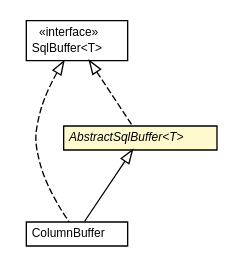
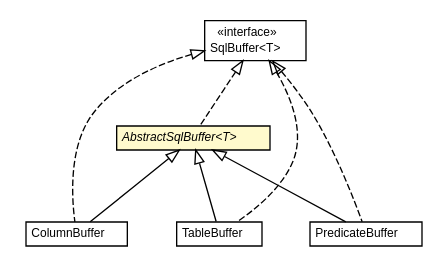
One commit to willmorejg/net.ljcomputing.sql changed the diagram in docs/javadoc/apidocs/net/ljcomputing/sql/buffer/AbstractSqlBuffer.dot. Above: the diagram before and after it, drawn with Graphviz. The commit also changed 239 other files, not shown here.

```diff
--- a/docs/javadoc/apidocs/net/ljcomputing/sql/buffer/AbstractSqlBuffer.dot
+++ b/docs/javadoc/apidocs/net/ljcomputing/sql/buffer/AbstractSqlBuffer.dot
@@ -1,37 +1,57 @@
 #!/usr/local/bin/dot
 #
 # Class diagram 
 # Generated by UMLGraph version R5_6 (http://www.umlgraph.org/)
 #
 
 digraph G {
 	edge [fontname="Helvetica",fontsize=10,labelfontname="Helvetica",labelfontsize=10];
 	node [fontname="Helvetica",fontsize=10,shape=plaintext];
 	nodesep=0.25;
 	ranksep=0.5;
 	// net.ljcomputing.sql.buffer.ColumnBuffer
-	c283 [label=<<table title="net.ljcomputing.sql.buffer.ColumnBuffer" border="0" cellborder="1" cellspacing="0" cellpadding="2" port="p" href="./ColumnBuffer.html">
+	c425 [label=<<table title="net.ljcomputing.sql.buffer.ColumnBuffer" border="0" cellborder="1" cellspacing="0" cellpadding="2" port="p" href="./ColumnBuffer.html">
 		<tr><td><table border="0" cellspacing="0" cellpadding="1">
 <tr><td align="center" balign="center"> ColumnBuffer </td></tr>
 		</table></td></tr>
 		</table>>, URL="./ColumnBuffer.html", fontname="Helvetica", fontcolor="black", fontsize=9.0];
+	// net.ljcomputing.sql.buffer.TableBuffer
+	c426 [label=<<table title="net.ljcomputing.sql.buffer.TableBuffer" border="0" cellborder="1" cellspacing="0" cellpadding="2" port="p" href="./TableBuffer.html">
+		<tr><td><table border="0" cellspacing="0" cellpadding="1">
+<tr><td align="center" balign="center"> TableBuffer </td></tr>
+		</table></td></tr>
+		</table>>, URL="./TableBuffer.html", fontname="Helvetica", fontcolor="black", fontsize=9.0];
 	// net.ljcomputing.sql.buffer.SqlBuffer<T>
-	c284 [label=<<table title="net.ljcomputing.sql.buffer.SqlBuffer" border="0" cellborder="1" cellspacing="0" cellpadding="2" port="p" href="./SqlBuffer.html">
+	c427 [label=<<table title="net.ljcomputing.sql.buffer.SqlBuffer" border="0" cellborder="1" cellspacing="0" cellpadding="2" port="p" href="./SqlBuffer.html">
 		<tr><td><table border="0" cellspacing="0" cellpadding="1">
 <tr><td align="center" balign="center"> &#171;interface&#187; </td></tr>
 <tr><td align="center" balign="center"> SqlBuffer&lt;T&gt; </td></tr>
 		</table></td></tr>
 		</table>>, URL="./SqlBuffer.html", fontname="Helvetica", fontcolor="black", fontsize=9.0];
+	// net.ljcomputing.sql.buffer.PredicateBuffer
+	c428 [label=<<table title="net.ljcomputing.sql.buffer.PredicateBuffer" border="0" cellborder="1" cellspacing="0" cellpadding="2" port="p" href="./PredicateBuffer.html">
+		<tr><td><table border="0" cellspacing="0" cellpadding="1">
+<tr><td align="center" balign="center"> PredicateBuffer </td></tr>
+		</table></td></tr>
+		</table>>, URL="./PredicateBuffer.html", fontname="Helvetica", fontcolor="black", fontsize=9.0];
 	// net.ljcomputing.sql.buffer.AbstractSqlBuffer<T>
-	c285 [label=<<table title="net.ljcomputing.sql.buffer.AbstractSqlBuffer" border="0" cellborder="1" cellspacing="0" cellpadding="2" port="p" bgcolor="lemonChiffon" href="./AbstractSqlBuffer.html">
+	c429 [label=<<table title="net.ljcomputing.sql.buffer.AbstractSqlBuffer" border="0" cellborder="1" cellspacing="0" cellpadding="2" port="p" bgcolor="lemonChiffon" href="./AbstractSqlBuffer.html">
 		<tr><td><table border="0" cellspacing="0" cellpadding="1">
 <tr><td align="center" balign="center"><font face="Helvetica-Oblique"> AbstractSqlBuffer&lt;T&gt; </font></td></tr>
 		</table></td></tr>
 		</table>>, URL="./AbstractSqlBuffer.html", fontname="Helvetica", fontcolor="black", fontsize=9.0];
-	//net.ljcomputing.sql.buffer.ColumnBuffer extends net.ljcomputing.sql.buffer.AbstractSqlBuffer<net.ljcomputing.sql.identifier.Column>
-	c285:p -> c283:p [dir=back,arrowtail=empty];
+	//net.ljcomputing.sql.buffer.ColumnBuffer extends net.ljcomputing.sql.buffer.AbstractSqlBuffer<net.ljcomputing.sql.identifier.column.Column>
+	c429:p -> c425:p [dir=back,arrowtail=empty];
 	//net.ljcomputing.sql.buffer.ColumnBuffer implements net.ljcomputing.sql.buffer.SqlBuffer<T>
-	c284:p -> c283:p [dir=back,arrowtail=empty,style=dashed];
+	c427:p -> c425:p [dir=back,arrowtail=empty,style=dashed];
+	//net.ljcomputing.sql.buffer.TableBuffer extends net.ljcomputing.sql.buffer.AbstractSqlBuffer<net.ljcomputing.sql.identifier.table.Table>
+	c429:p -> c426:p [dir=back,arrowtail=empty];
+	//net.ljcomputing.sql.buffer.TableBuffer implements net.ljcomputing.sql.buffer.SqlBuffer<T>
+	c427:p -> c426:p [dir=back,arrowtail=empty,style=dashed];
+	//net.ljcomputing.sql.buffer.PredicateBuffer extends net.ljcomputing.sql.buffer.AbstractSqlBuffer<net.ljcomputing.sql.clause.Predicate>
+	c429:p -> c428:p [dir=back,arrowtail=empty];
+	//net.ljcomputing.sql.buffer.PredicateBuffer implements net.ljcomputing.sql.buffer.SqlBuffer<T>
+	c427:p -> c428:p [dir=back,arrowtail=empty,style=dashed];
 	//net.ljcomputing.sql.buffer.AbstractSqlBuffer<T> implements net.ljcomputing.sql.buffer.SqlBuffer<T>
-	c284:p -> c285:p [dir=back,arrowtail=empty,style=dashed];
+	c427:p -> c429:p [dir=back,arrowtail=empty,style=dashed];
 }
```
